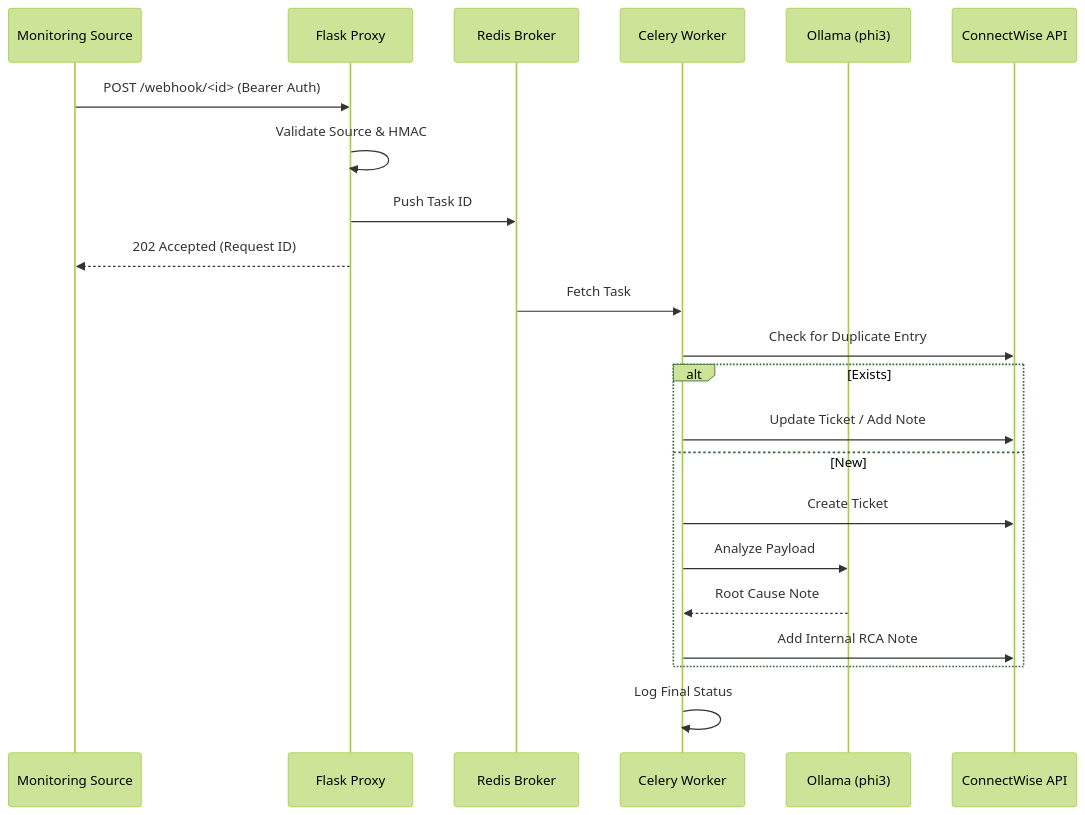
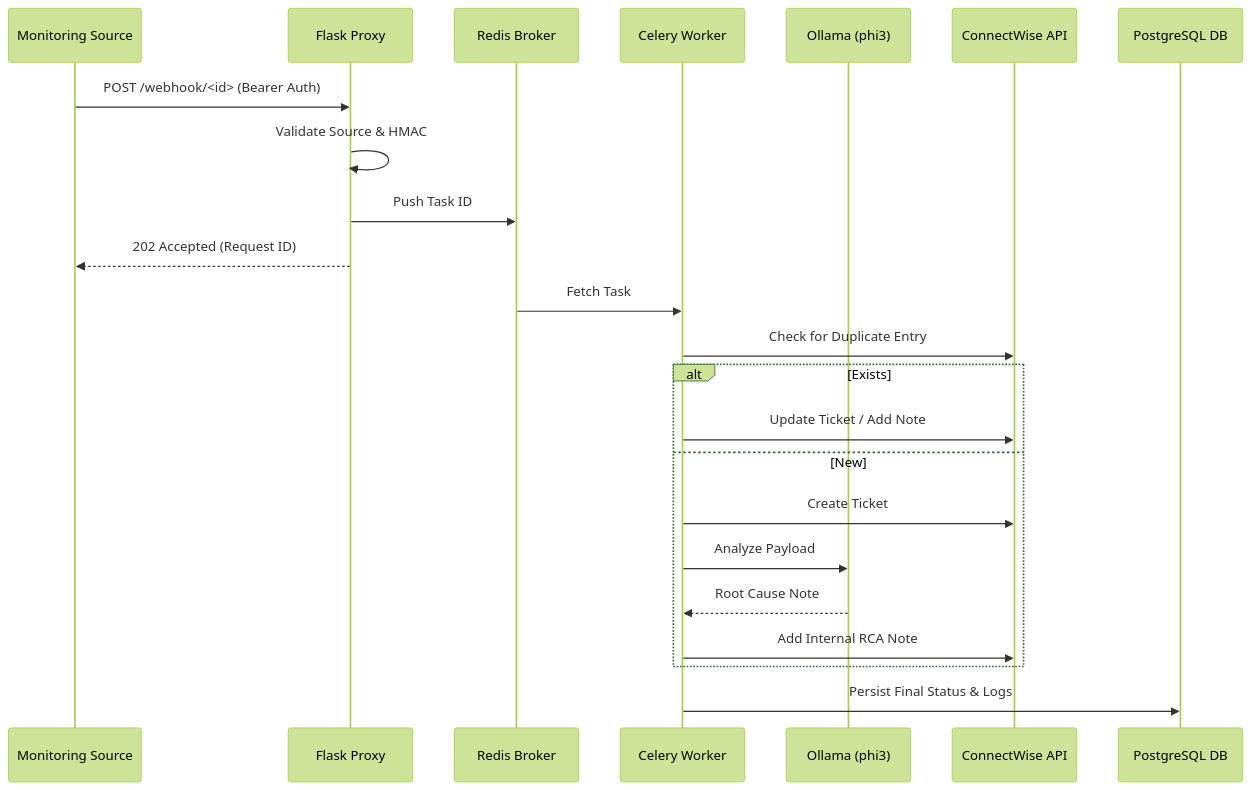
The fourth of 4 diagrams in README.md (arumes31/hookwise), drawn with Mermaid (forest theme) before and after one commit.

Commit message:
\Docs: Add PostgreSQL DB to sequence diagram in README.md\

````diff
--- a/README.md
+++ b/README.md
@@ -83,26 +83,27 @@
 ```mermaid
 sequenceDiagram
     participant S as Monitoring Source
     participant P as Flask Proxy
     participant R as Redis Broker
     participant W as Celery Worker
     participant A as Ollama (phi3)
     participant C as ConnectWise API
+    participant D as PostgreSQL DB
 
     S->>P: POST /webhook/<id> (Bearer Auth)
     P->>P: Validate Source & HMAC
     P->>R: Push Task ID
     P-->>S: 202 Accepted (Request ID)
     
     R->>W: Fetch Task
     W->>C: Check for Duplicate Entry
     alt Exists
         W->>C: Update Ticket / Add Note
     else New
         W->>C: Create Ticket
         W->>A: Analyze Payload
         A-->>W: Root Cause Note
         W->>C: Add Internal RCA Note
     end
-    W->>W: Log Final Status
+    W->>D: Persist Final Status & Logs
 ```
````
